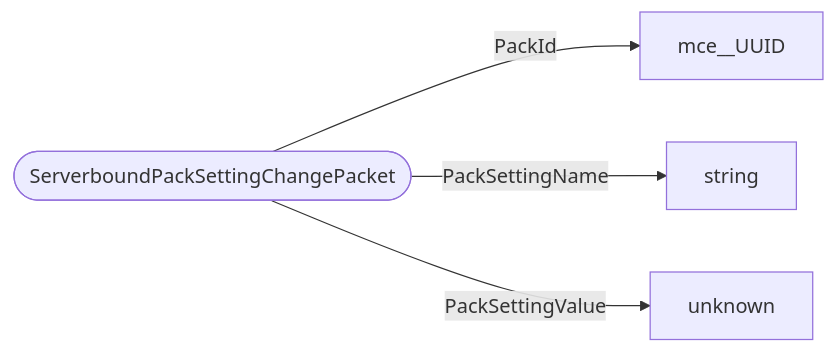
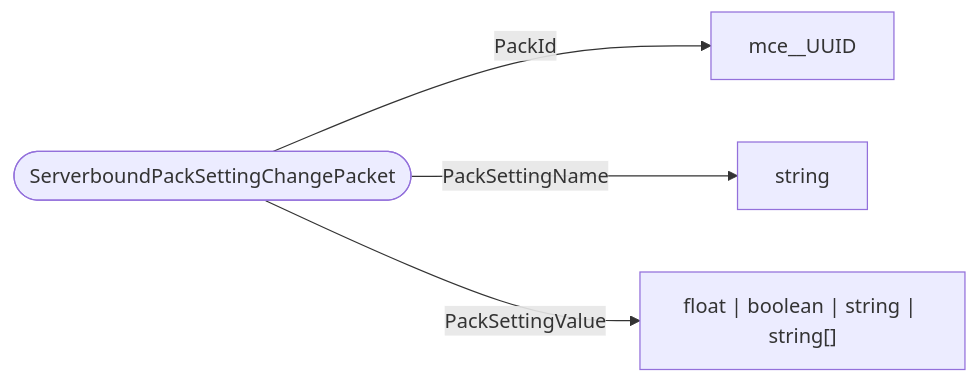
Before and after one commit to bedrock-v/protocol-docs: the diagram in schemas/packets/ServerboundPackSettingChangePacket.md, drawn with Mermaid. The commit also changed 114 other files, not shown here.

````diff
--- a/schemas/packets/ServerboundPackSettingChangePacket.md
+++ b/schemas/packets/ServerboundPackSettingChangePacket.md
@@ -7,7 +7,7 @@
 ```mermaid
 flowchart LR
   ROOT(["ServerboundPackSettingChangePacket"])
   ROOT -->|"PackId"| mce__UUID["mce__UUID"]
   ROOT -->|"PackSettingName"| string["string"]
-  ROOT -->|"PackSettingValue"| unknown["unknown"]
+  ROOT -->|"PackSettingValue"| float___boolean___string___string["float | boolean | string | string[]"]
 ```
````
